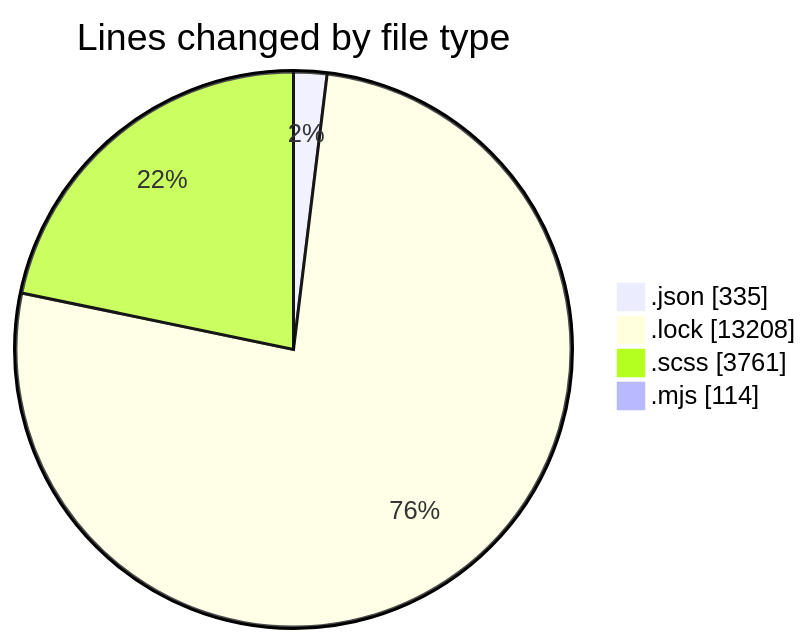
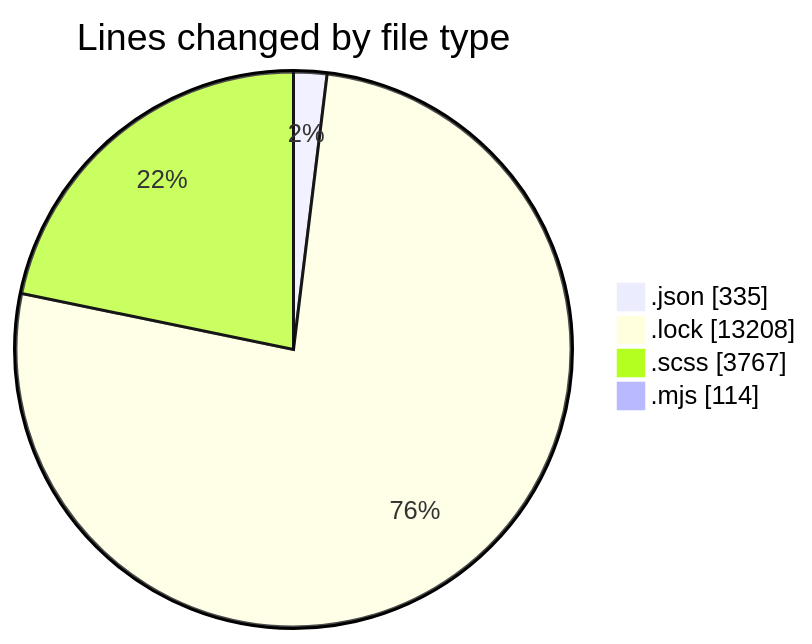
The first of 2 diagrams in 2026-01-26/cda/README.md (momahboobian/code-tracking), drawn with Mermaid before and after one commit. The commit also changed other lines of this file and 1 other file, not shown here.

````diff
--- a/2026-01-26/cda/README.md
+++ b/2026-01-26/cda/README.md
@@ -30,8 +30,8 @@
 ```mermaid
 pie showData
 title Lines changed by file type
 ".json" : 335
 ".lock" : 13208
-".scss" : 3761
+".scss" : 3767
 ".mjs" : 114
 ```
````
